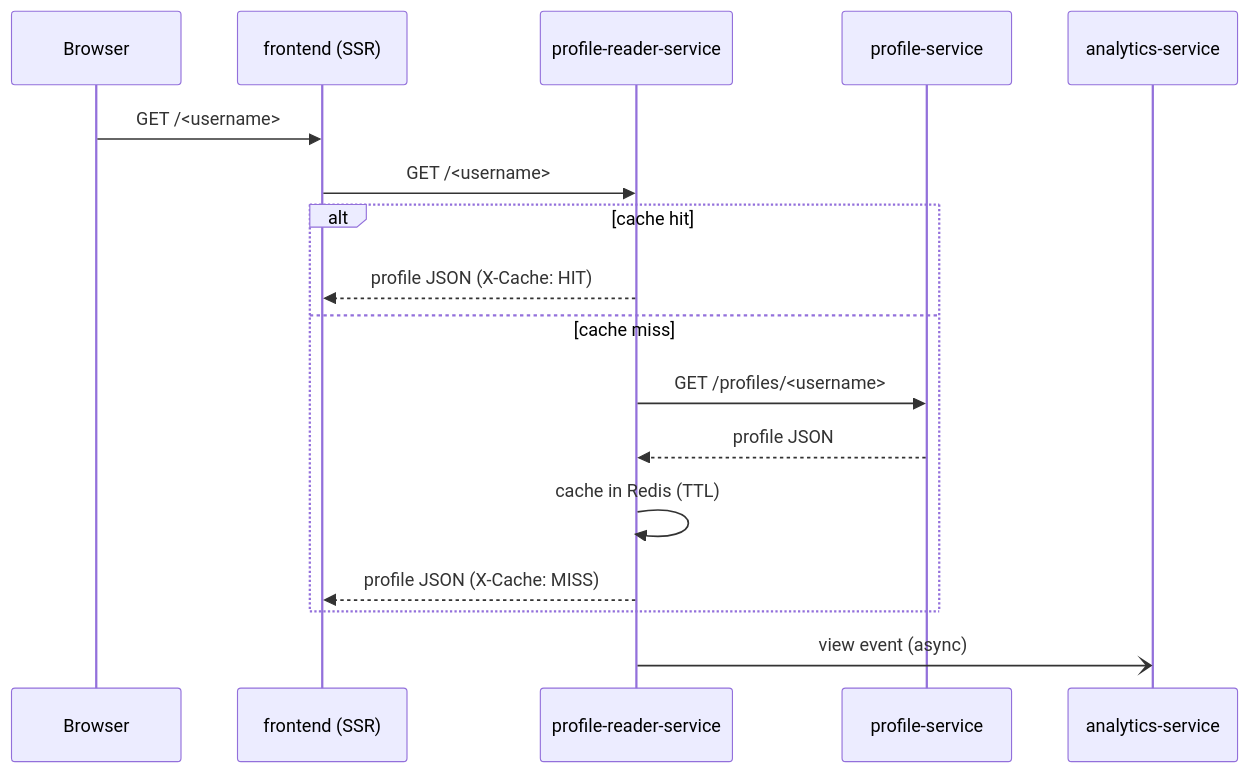
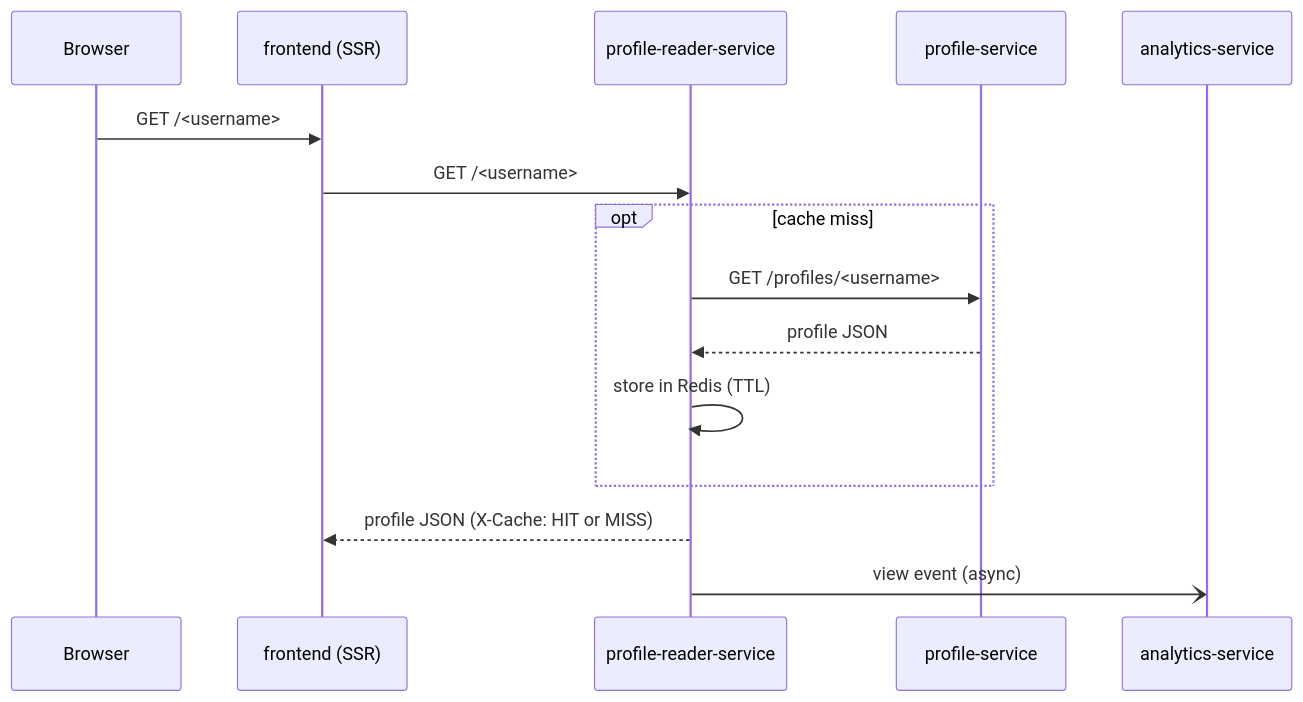
Before and after one commit to LeventeBack/waypoint-bio: the diagram in docs/architecture.md, drawn with Mermaid.

Commit message:
docs: update architecture sequence diagram

````diff
--- a/docs/architecture.md
+++ b/docs/architecture.md
@@ -22,19 +22,17 @@
 ```mermaid
 sequenceDiagram
   participant B as Browser
   participant F as frontend (SSR)
   participant R as profile-reader-service
   participant P as profile-service
   participant A as analytics-service
   B->>F: GET /<username>
   F->>R: GET /<username>
-  alt cache hit
-    R-->>F: profile JSON (X-Cache: HIT)
-  else cache miss
+  opt cache miss
     R->>P: GET /profiles/<username>
     P-->>R: profile JSON
-    R->>R: cache in Redis (TTL)
-    R-->>F: profile JSON (X-Cache: MISS)
+    R->>R: store in Redis (TTL)
   end
+  R-->>F: profile JSON (X-Cache: HIT or MISS)
   R-)A: view event (async)
 ```
````
